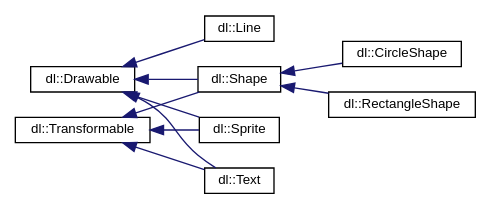
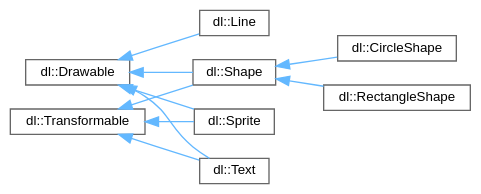
One commit to Dogbonee/Dualie changed the diagram in docs/inherit_graph_2.dot. Above: the diagram before and after it, drawn with Graphviz. The commit also changed 194 other files, not shown here.

```diff
--- a/docs/inherit_graph_2.dot
+++ b/docs/inherit_graph_2.dot
@@ -1,24 +1,25 @@
 digraph "Graphical Class Hierarchy"
 {
  // LATEX_PDF_SIZE
-  edge [fontname="Helvetica",fontsize="10",labelfontname="Helvetica",labelfontsize="10"];
-  node [fontname="Helvetica",fontsize="10",shape=record];
+  bgcolor="transparent";
+  edge [fontname=Helvetica,fontsize=10,labelfontname=Helvetica,labelfontsize=10];
+  node [fontname=Helvetica,fontsize=10,shape=box,height=0.2,width=0.4];
   rankdir="LR";
-  Node0 [label="dl::Drawable",height=0.2,width=0.4,color="black", fillcolor="white", style="filled",URL="$classdl_1_1Drawable.html",tooltip="The base class for any object that can be drawn to the screen."];
-  Node0 -> Node1 [dir="back",color="midnightblue",fontsize="10",style="solid",fontname="Helvetica"];
-  Node1 [label="dl::Line",height=0.2,width=0.4,color="black", fillcolor="white", style="filled",URL="$classdl_1_1Line.html",tooltip=" "];
-  Node0 -> Node2 [dir="back",color="midnightblue",fontsize="10",style="solid",fontname="Helvetica"];
-  Node2 [label="dl::Shape",height=0.2,width=0.4,color="black", fillcolor="white", style="filled",URL="$classdl_1_1Shape.html",tooltip="The base class for any shape."];
-  Node2 -> Node3 [dir="back",color="midnightblue",fontsize="10",style="solid",fontname="Helvetica"];
-  Node3 [label="dl::CircleShape",height=0.2,width=0.4,color="black", fillcolor="white", style="filled",URL="$classdl_1_1CircleShape.html",tooltip="A circle shape."];
-  Node2 -> Node4 [dir="back",color="midnightblue",fontsize="10",style="solid",fontname="Helvetica"];
-  Node4 [label="dl::RectangleShape",height=0.2,width=0.4,color="black", fillcolor="white", style="filled",URL="$classdl_1_1RectangleShape.html",tooltip="A rectangle shape."];
-  Node0 -> Node5 [dir="back",color="midnightblue",fontsize="10",style="solid",fontname="Helvetica"];
-  Node5 [label="dl::Sprite",height=0.2,width=0.4,color="black", fillcolor="white", style="filled",URL="$classdl_1_1Sprite.html",tooltip="A class used to handle the drawing and transformation of sprites."];
-  Node0 -> Node6 [dir="back",color="midnightblue",fontsize="10",style="solid",fontname="Helvetica"];
-  Node6 [label="dl::Text",height=0.2,width=0.4,color="black", fillcolor="white", style="filled",URL="$classdl_1_1Text.html",tooltip="A class used to handle the transformation and drawing of visible text."];
-  Node17 [label="dl::Transformable",height=0.2,width=0.4,color="black", fillcolor="white", style="filled",URL="$classdl_1_1Transformable.html",tooltip="A base class for anything that has a position on the screen."];
-  Node17 -> Node2 [dir="back",color="midnightblue",fontsize="10",style="solid",fontname="Helvetica"];
-  Node17 -> Node5 [dir="back",color="midnightblue",fontsize="10",style="solid",fontname="Helvetica"];
-  Node17 -> Node6 [dir="back",color="midnightblue",fontsize="10",style="solid",fontname="Helvetica"];
+  Node0 [id="Node000000",label="dl::Drawable",height=0.2,width=0.4,color="grey40", fillcolor="white", style="filled",URL="$classdl_1_1Drawable.html",tooltip="The base class for any object that can be drawn to the screen."];
+  Node0 -> Node1 [id="edge1_Node000000_Node000001",dir="back",color="steelblue1",style="solid",tooltip=" "];
+  Node1 [id="Node000001",label="dl::Line",height=0.2,width=0.4,color="grey40", fillcolor="white", style="filled",URL="$classdl_1_1Line.html",tooltip="A simple class responsible for the line object."];
+  Node0 -> Node2 [id="edge2_Node000000_Node000002",dir="back",color="steelblue1",style="solid",tooltip=" "];
+  Node2 [id="Node000002",label="dl::Shape",height=0.2,width=0.4,color="grey40", fillcolor="white", style="filled",URL="$classdl_1_1Shape.html",tooltip="The base class for any shape."];
+  Node2 -> Node3 [id="edge3_Node000002_Node000003",dir="back",color="steelblue1",style="solid",tooltip=" "];
+  Node3 [id="Node000003",label="dl::CircleShape",height=0.2,width=0.4,color="grey40", fillcolor="white", style="filled",URL="$classdl_1_1CircleShape.html",tooltip="A circle shape."];
+  Node2 -> Node4 [id="edge4_Node000002_Node000004",dir="back",color="steelblue1",style="solid",tooltip=" "];
+  Node4 [id="Node000004",label="dl::RectangleShape",height=0.2,width=0.4,color="grey40", fillcolor="white", style="filled",URL="$classdl_1_1RectangleShape.html",tooltip="A rectangle shape."];
+  Node0 -> Node6 [id="edge5_Node000000_Node000006",dir="back",color="steelblue1",style="solid",tooltip=" "];
+  Node6 [id="Node000006",label="dl::Sprite",height=0.2,width=0.4,color="grey40", fillcolor="white", style="filled",URL="$classdl_1_1Sprite.html",tooltip="A class used to handle the drawing and transformation of sprites."];
+  Node0 -> Node7 [id="edge6_Node000000_Node000007",dir="back",color="steelblue1",style="solid",tooltip=" "];
+  Node7 [id="Node000007",label="dl::Text",height=0.2,width=0.4,color="grey40", fillcolor="white", style="filled",URL="$classdl_1_1Text.html",tooltip="A class used to handle the transformation and drawing of visible text."];
+  Node5 [id="Node000005",label="dl::Transformable",height=0.2,width=0.4,color="grey40", fillcolor="white", style="filled",URL="$classdl_1_1Transformable.html",tooltip="A base class for anything that has a position on the screen."];
+  Node5 -> Node2 [id="edge7_Node000005_Node000002",dir="back",color="steelblue1",style="solid",tooltip=" "];
+  Node5 -> Node6 [id="edge8_Node000005_Node000006",dir="back",color="steelblue1",style="solid",tooltip=" "];
+  Node5 -> Node7 [id="edge9_Node000005_Node000007",dir="back",color="steelblue1",style="solid",tooltip=" "];
 }
```
